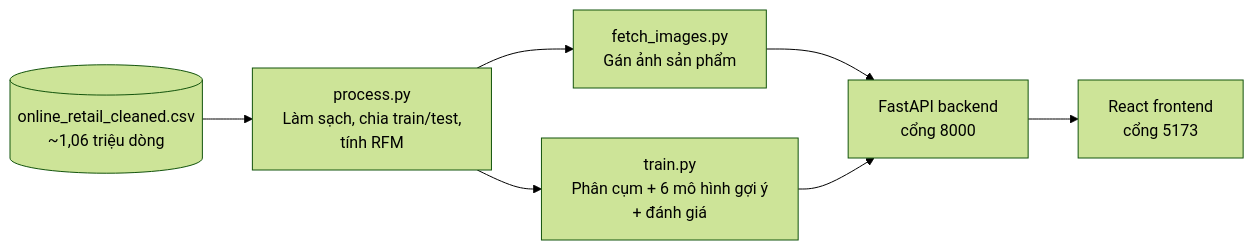
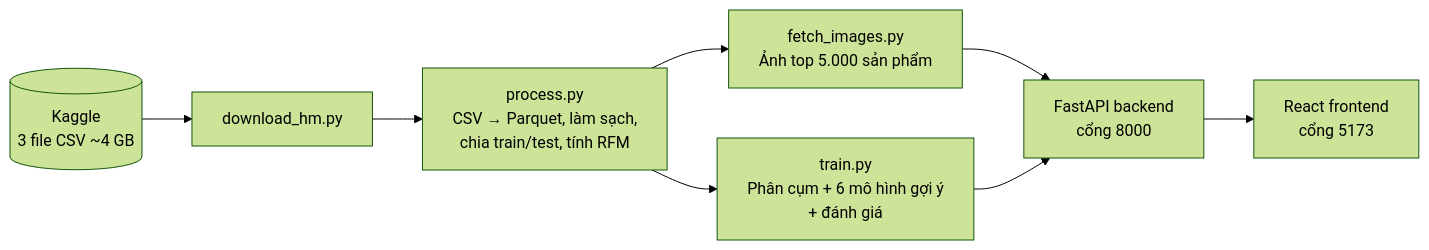
The diagram in proposal.md (ThuPhuong070203/personalized-marketing), drawn with Mermaid (forest theme) before and after one commit. The commit also changed other lines of this file and 583 other files, not shown here.

Commit message:
Services va fetch_images cho H&M

````diff
--- a/proposal.md
+++ b/proposal.md
@@ -44,9 +63,10 @@
 ```mermaid
 flowchart LR
-    A[(online_retail_cleaned.csv<br/>~1,06 triệu dòng)] --> B[process.py<br/>Làm sạch, chia train/test,<br/>tính RFM]
-    B --> C[fetch_images.py<br/>Gán ảnh sản phẩm]
-    B --> D[train.py<br/>Phân cụm + 6 mô hình gợi ý<br/>+ đánh giá]
-    C --> E[FastAPI backend<br/>cổng 8000]
-    D --> E
-    E --> F[React frontend<br/>cổng 5173]
+    A[(Kaggle<br/>3 file CSV ~4 GB)] --> B[download_hm.py]
+    B --> C[process.py<br/>CSV → Parquet, làm sạch,<br/>chia train/test, tính RFM]
+    C --> D[fetch_images.py<br/>Ảnh top 5.000 sản phẩm]
+    C --> E[train.py<br/>Phân cụm + 6 mô hình gợi ý<br/>+ đánh giá]
+    D --> F[FastAPI backend<br/>cổng 8000]
+    E --> F
+    F --> G[React frontend<br/>cổng 5173]
 ```
````
